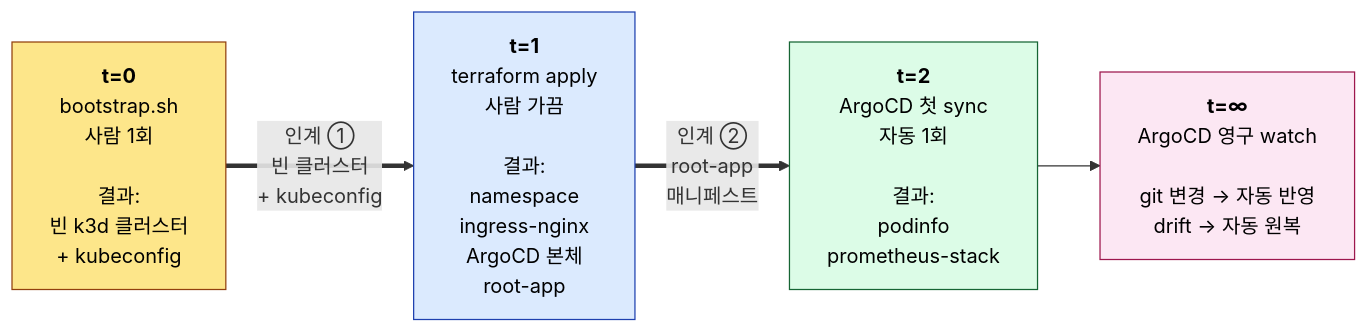
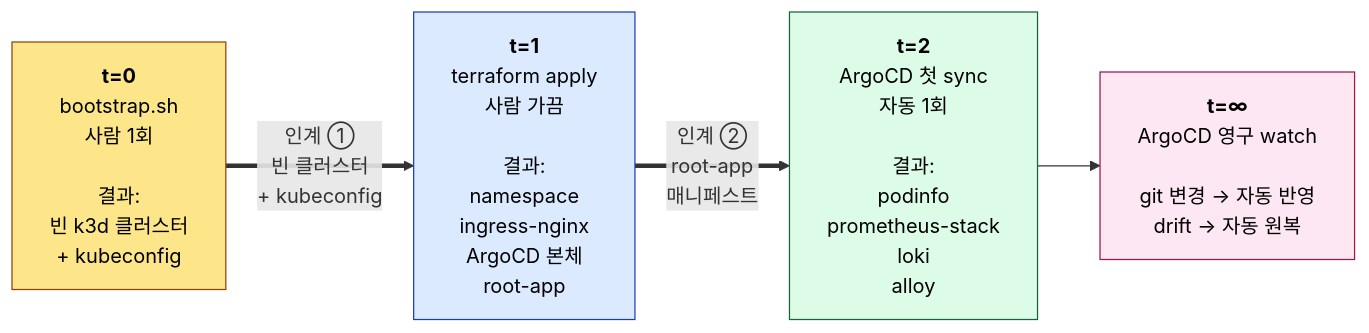
Before and after one commit to currenjin/currenjin.github.io: the eighth of 14 diagrams in _wiki/homelab.md, drawn with Mermaid. The commit also changed other lines of this file, not shown here.

````diff
--- a/_wiki/homelab.md
+++ b/_wiki/homelab.md
@@ -343,20 +343,20 @@
 ```mermaid
 flowchart LR
   T0["<b>t=0</b><br/>bootstrap.sh<br/>사람 1회<br/><br/>결과:<br/>빈 k3d 클러스터<br/>+ kubeconfig"]
   T1["<b>t=1</b><br/>terraform apply<br/>사람 가끔<br/><br/>결과:<br/>namespace<br/>ingress-nginx<br/>ArgoCD 본체<br/>root-app"]
-  T2["<b>t=2</b><br/>ArgoCD 첫 sync<br/>자동 1회<br/><br/>결과:<br/>podinfo<br/>prometheus-stack"]
+  T2["<b>t=2</b><br/>ArgoCD 첫 sync<br/>자동 1회<br/><br/>결과:<br/>podinfo<br/>prometheus-stack<br/>loki<br/>alloy"]
   Tinf["<b>t=∞</b><br/>ArgoCD 영구 watch<br/><br/>git 변경 → 자동 반영<br/>drift → 자동 원복"]
 
   T0 == "인계 ①<br/>빈 클러스터<br/>+ kubeconfig" ==> T1
   T1 == "인계 ②<br/>root-app<br/>매니페스트" ==> T2
   T2 --> Tinf
 
   classDef once fill:#fde68a,stroke:#92400e,color:#000
   classDef occasional fill:#dbeafe,stroke:#1e40af,color:#000
   classDef auto fill:#dcfce7,stroke:#166534,color:#000
   classDef forever fill:#fce7f3,stroke:#9d174d,color:#000
   class T0 once
   class T1 occasional
   class T2 auto
   class Tinf forever
 ```
````
